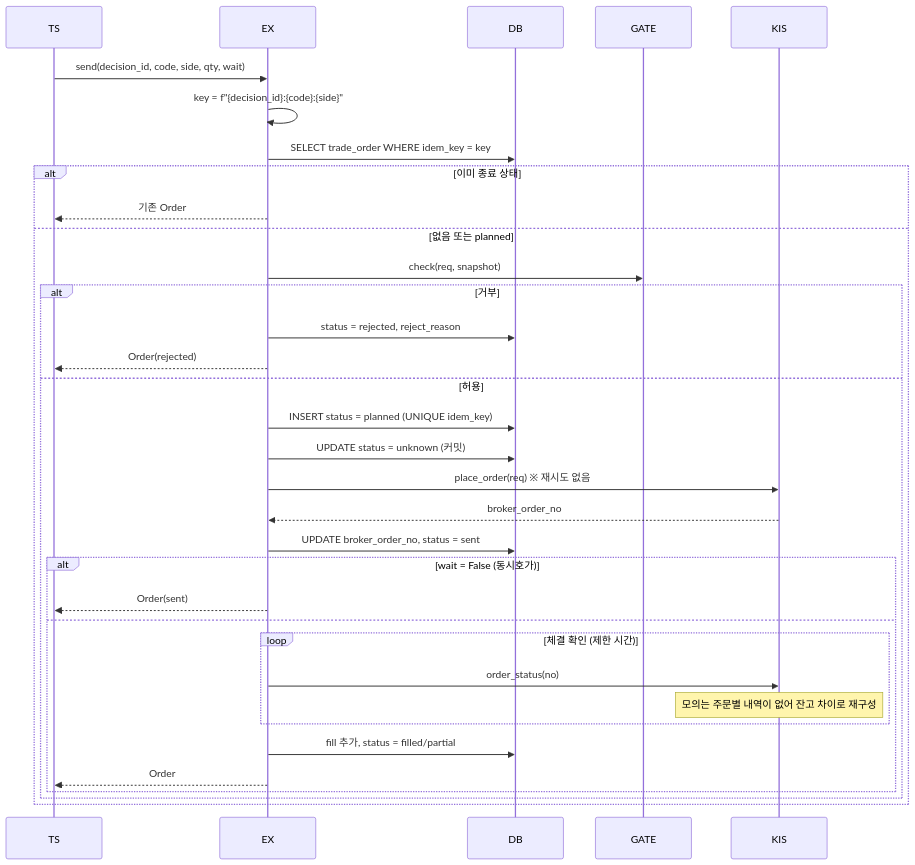
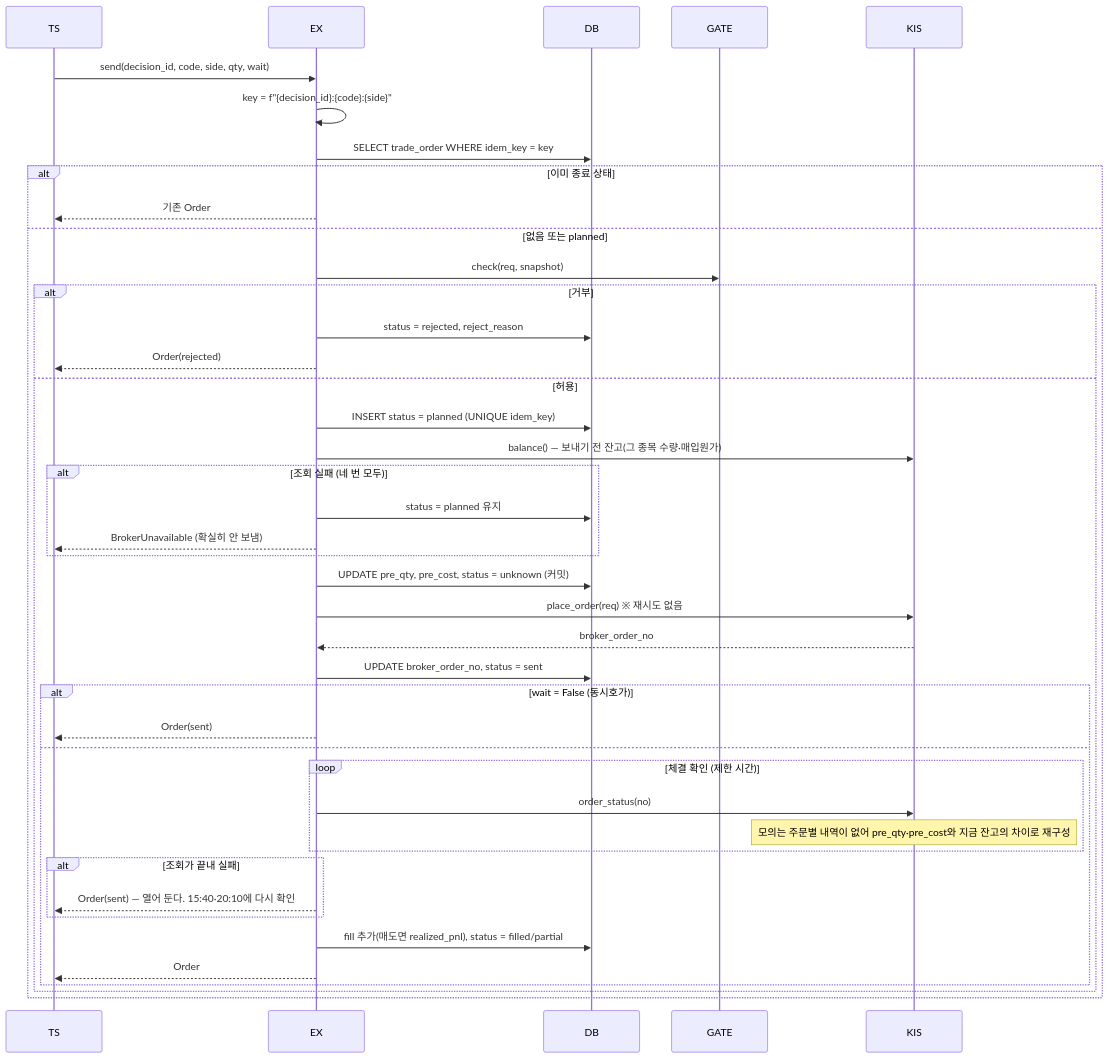
The third of 7 diagrams in docs/specs/09-SEQ/QBOT-SEQ-001.md (HoyoungParkme/quant-rebalance-bot), drawn with Mermaid before and after one commit. The commit also changed other lines of this file, not shown here.

Commit message:
SEQ-1 대조 전 미확인 주문 재확인·관리종목 표시·전일 대비, SEQ-3 보내기 전 잔고를 unknown 전에 조회해 DB에, SEQ-7 월간 보고 추가, 조회 재시도 미결 정정

````diff
--- a/docs/specs/09-SEQ/QBOT-SEQ-001.md
+++ b/docs/specs/09-SEQ/QBOT-SEQ-001.md
@@ -130,36 +138,44 @@
 ```mermaid
 sequenceDiagram
   participant TS
   participant EX
   participant DB
   participant GATE
   participant KIS
   TS->>EX: send(decision_id, code, side, qty, wait)
   EX->>EX: key = f"{decision_id}:{code}:{side}"
   EX->>DB: SELECT trade_order WHERE idem_key = key
   alt 이미 종료 상태
     EX-->>TS: 기존 Order
   else 없음 또는 planned
     EX->>GATE: check(req, snapshot)
     alt 거부
       EX->>DB: status = rejected, reject_reason
       EX-->>TS: Order(rejected)
     else 허용
       EX->>DB: INSERT status = planned (UNIQUE idem_key)
-      EX->>DB: UPDATE status = unknown (커밋)
+      EX->>KIS: balance() — 보내기 전 잔고(그 종목 수량·매입원가)
+      alt 조회 실패 (네 번 모두)
+        EX->>DB: status = planned 유지
+        EX-->>TS: BrokerUnavailable (확실히 안 보냄)
+      end
+      EX->>DB: UPDATE pre_qty, pre_cost, status = unknown (커밋)
       EX->>KIS: place_order(req)  ※ 재시도 없음
       KIS-->>EX: broker_order_no
       EX->>DB: UPDATE broker_order_no, status = sent
       alt wait = False (동시호가)
         EX-->>TS: Order(sent)
       else
         loop 체결 확인 (제한 시간)
           EX->>KIS: order_status(no)
-          Note over KIS: 모의는 주문별 내역이 없어 잔고 차이로 재구성
+          Note over KIS: 모의는 주문별 내역이 없어 pre_qty·pre_cost와 지금 잔고의 차이로 재구성
         end
-        EX->>DB: fill 추가, status = filled/partial
+        alt 조회가 끝내 실패
+          EX-->>TS: Order(sent) — 열어 둔다. 15:40·20:10에 다시 확인
+        end
+        EX->>DB: fill 추가(매도면 realized_pnl), status = filled/partial
         EX-->>TS: Order
       end
     end
   end
 ```
````
